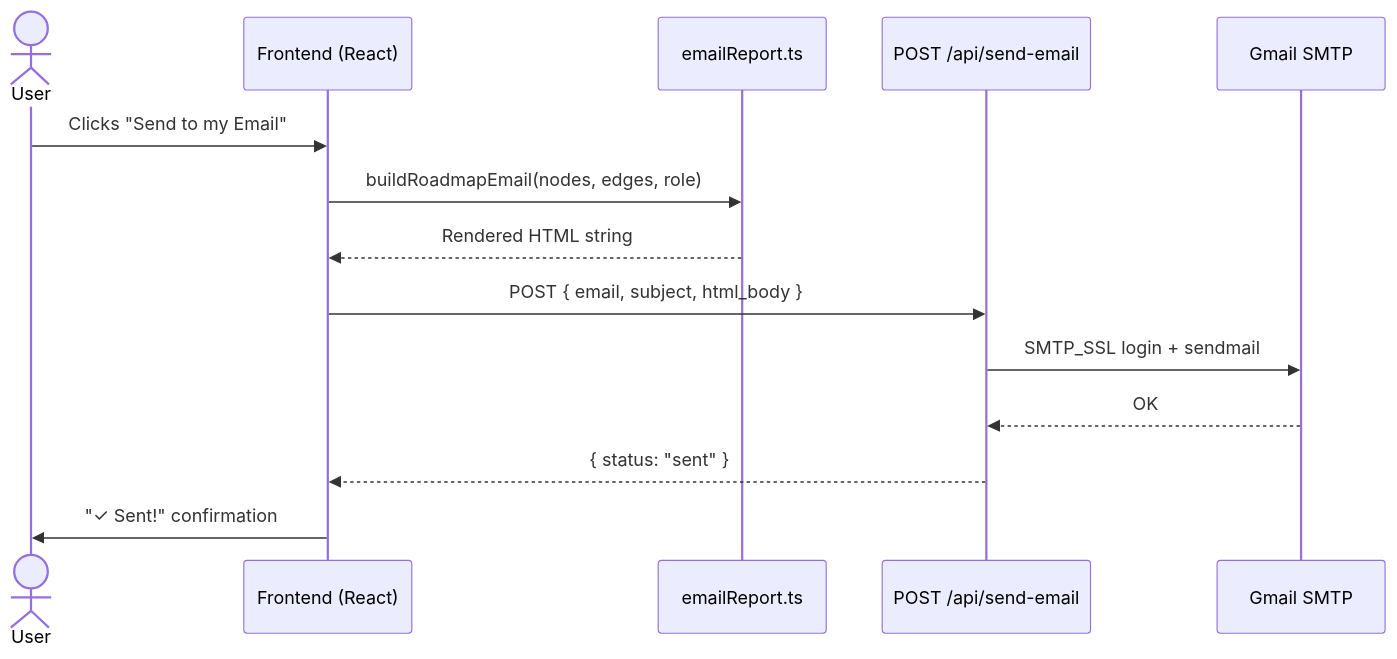
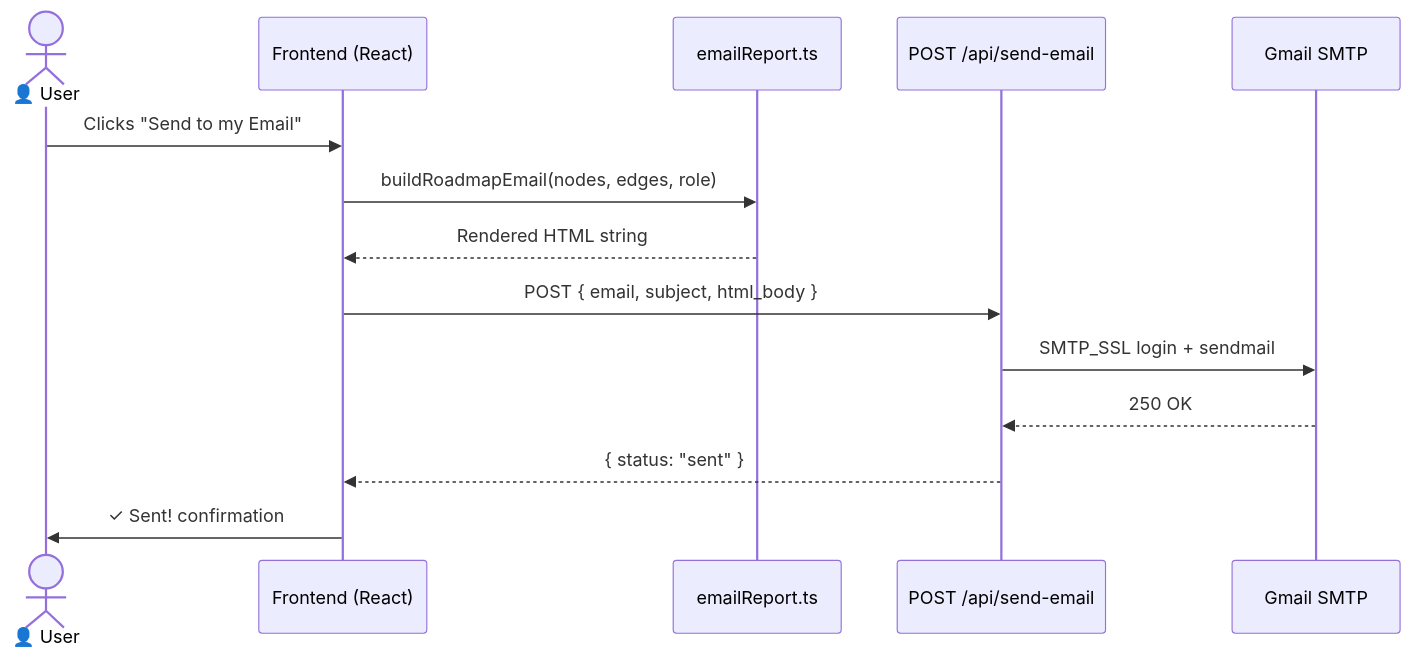
Before and after one commit to Aniketsingh54/Skill-Bridge: the third of 3 diagrams in DESIGN.md, drawn with Mermaid. The commit also changed other lines of this file, not shown here.

````diff
--- a/DESIGN.md
+++ b/DESIGN.md
@@ -135,17 +164,17 @@
 ```mermaid
 sequenceDiagram
-    actor User
-    participant FE as Frontend (React)
-    participant EB as emailReport.ts
-    participant API as POST /api/send-email
+    actor User as 👤 User
+    participant FE   as Frontend (React)
+    participant EB   as emailReport.ts
+    participant API  as POST /api/send-email
     participant SMTP as Gmail SMTP
 
     User->>FE: Clicks "Send to my Email"
     FE->>EB: buildRoadmapEmail(nodes, edges, role)
     EB-->>FE: Rendered HTML string
     FE->>API: POST { email, subject, html_body }
     API->>SMTP: SMTP_SSL login + sendmail
-    SMTP-->>API: OK
+    SMTP-->>API: 250 OK
     API-->>FE: { status: "sent" }
-    FE->>User: "✓ Sent!" confirmation
+    FE->>User: ✓ Sent! confirmation
 ```
````
